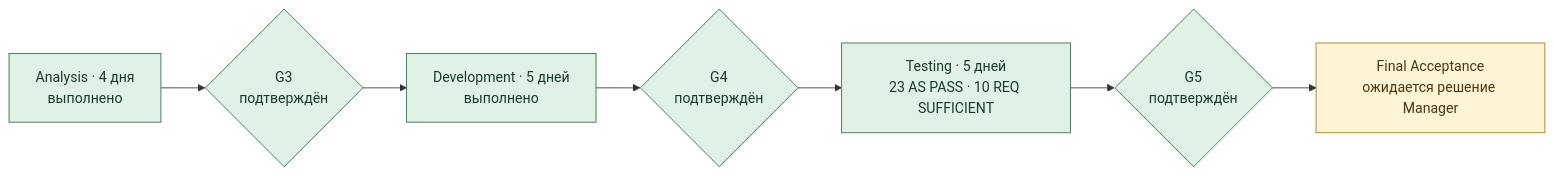
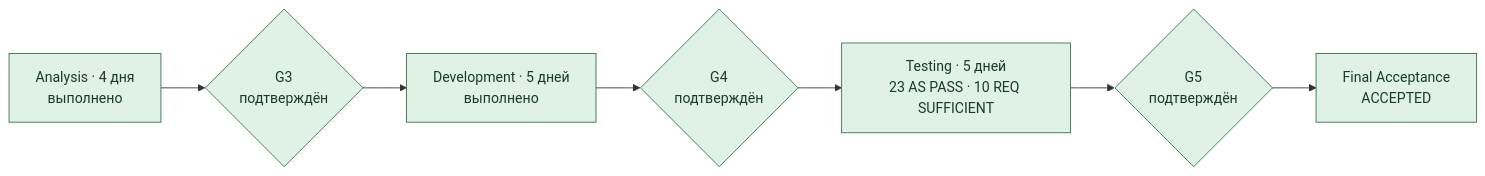
One commit to ksenia-baranova/exact-orb-demo changed the diagram in docs/project_management/change_plans/ui-birth-form-and-facts/artifacts.md. Above: the diagram before and after it, drawn with Mermaid. The commit also changed other lines of this file and 12 other files, not shown here.

````diff
--- a/docs/project_management/change_plans/ui-birth-form-and-facts/artifacts.md
+++ b/docs/project_management/change_plans/ui-birth-form-and-facts/artifacts.md
@@ -137,13 +137,11 @@
 ```mermaid
 flowchart LR
     A["Analysis · 4 дня<br/>выполнено"] --> G3{"G3<br/>подтверждён"}
     G3 --> D["Development · 5 дней<br/>выполнено"]
     D --> G4{"G4<br/>подтверждён"}
     G4 --> T["Testing · 5 дней<br/>23 AS PASS · 10 REQ SUFFICIENT"]
     T --> G5{"G5<br/>подтверждён"}
-    G5 --> F["Final Acceptance<br/>ожидается решение Manager"]
-    classDef gate fill:#fff4d6,stroke:#aa7c1d,color:#4b370b;
+    G5 --> F["Final Acceptance<br/>ACCEPTED"]
     classDef approved fill:#e0f2e6,stroke:#33704a,color:#183b25;
-    class A,G3,D,G4,T,G5 approved;
-    class F gate;
+    class A,G3,D,G4,T,G5,F approved;
 ```
````
